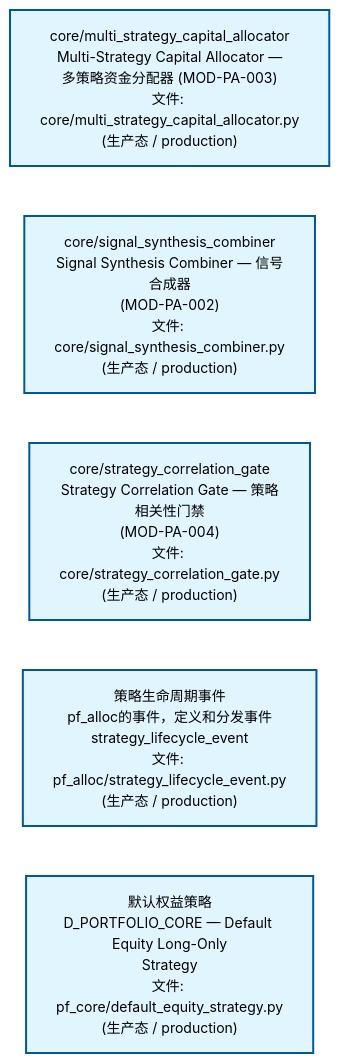
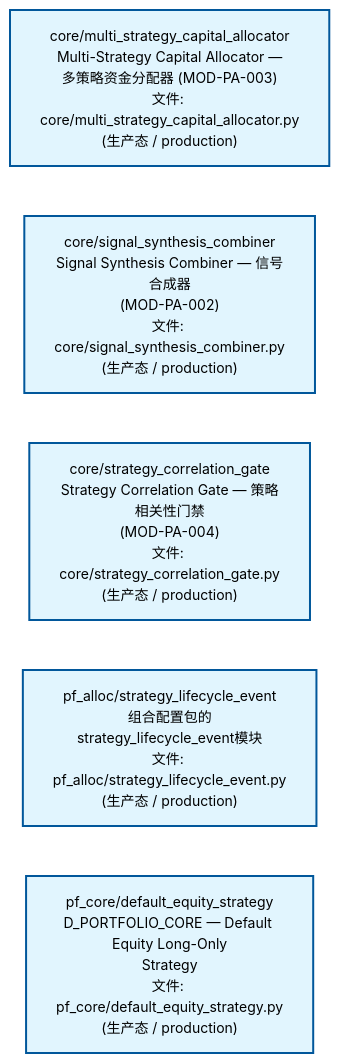
The second of 4 diagrams in docs/02_enterprise_architecture/02_domain_architecture_docs/62_d_pf_alloc.md (xuanFelixVan/ZephyrAlpha), drawn with Mermaid before and after one commit. The commit also changed other lines of this file and 58 other files, not shown here.

````diff
--- a/docs/02_enterprise_architecture/02_domain_architecture_docs/62_d_pf_alloc.md
+++ b/docs/02_enterprise_architecture/02_domain_architecture_docs/62_d_pf_alloc.md
@@ -92,18 +92,18 @@
 ```mermaid
 %%{init: {'theme': 'base', 'themeVariables': {'primaryColor': '#eaeaea', 'primaryTextColor': '#333333', 'primaryBorderColor': '#666666', 'lineColor': '#666666', 'secondaryColor': '#eaeaea', 'tertiaryColor': '#eaeaea', 'fontSize': '14px'}}}%%
 flowchart TD
     src_zephyr_pf_alloc_core_multi_strategy_capital_allocator_py["core/multi_strategy_capital_allocator<br/>Multi-Strategy Capital Allocator —<br/>多策略资金分配器 (MOD-PA-003)<br/>文件: core/multi_strategy_capital_allocator.py<br/>(生产态 / production)"]
     src_zephyr_pf_alloc_core_signal_synthesis_combiner_py["core/signal_synthesis_combiner<br/>Signal Synthesis Combiner — 信号合成器<br/>(MOD-PA-002)<br/>文件: core/signal_synthesis_combiner.py<br/>(生产态 / production)"]
     src_zephyr_pf_alloc_core_strategy_correlation_gate_py["core/strategy_correlation_gate<br/>Strategy Correlation Gate — 策略相关性门禁<br/>(MOD-PA-004)<br/>文件: core/strategy_correlation_gate.py<br/>(生产态 / production)"]
-    src_zephyr_pf_alloc_strategy_lifecycle_event_py["策略生命周期事件<br/>pf_alloc的事件，定义和分发事件<br/>strategy_lifecycle_event<br/>文件: pf_alloc/strategy_lifecycle_event.py<br/>(生产态 / production)"]
-    src_zephyr_pf_core_default_equity_strategy_py["默认权益策略<br/>D_PORTFOLIO_CORE — Default Equity Long-Only<br/>Strategy<br/>文件: pf_core/default_equity_strategy.py<br/>(生产态 / production)"]
+    src_zephyr_pf_alloc_strategy_lifecycle_event_py["pf_alloc/strategy_lifecycle_event<br/>组合配置包的strategy_lifecycle_event模块<br/>文件: pf_alloc/strategy_lifecycle_event.py<br/>(生产态 / production)"]
+    src_zephyr_pf_core_default_equity_strategy_py["pf_core/default_equity_strategy<br/>D_PORTFOLIO_CORE — Default Equity Long-Only<br/>Strategy<br/>文件: pf_core/default_equity_strategy.py<br/>(生产态 / production)"]
     src_zephyr_pf_alloc_core_multi_strategy_capital_allocator_py ~~~ src_zephyr_pf_alloc_core_signal_synthesis_combiner_py
     src_zephyr_pf_alloc_core_signal_synthesis_combiner_py ~~~ src_zephyr_pf_alloc_core_strategy_correlation_gate_py
     src_zephyr_pf_alloc_core_strategy_correlation_gate_py ~~~ src_zephyr_pf_alloc_strategy_lifecycle_event_py
     src_zephyr_pf_alloc_strategy_lifecycle_event_py ~~~ src_zephyr_pf_core_default_equity_strategy_py
     classDef production fill:#e1f5fe,stroke:#01579b,stroke-width:2px,color:#000
     classDef design fill:#fff3e0,stroke:#e65100,stroke-width:2px,color:#000,stroke-dasharray: 5 5
     classDef external_prod fill:#e8f4fd,stroke:#0277bd,stroke-width:1px,color:#000
     classDef external_design fill:#fff8e7,stroke:#ef6c00,stroke-width:1px,color:#000,stroke-dasharray: 5 5
     class src_zephyr_pf_alloc_core_multi_strategy_capital_allocator_py,src_zephyr_pf_alloc_core_signal_synthesis_combiner_py,src_zephyr_pf_alloc_core_strategy_correlation_gate_py,src_zephyr_pf_alloc_strategy_lifecycle_event_py,src_zephyr_pf_core_default_equity_strategy_py production
 ```
````
